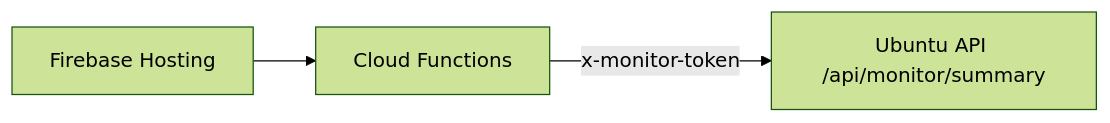
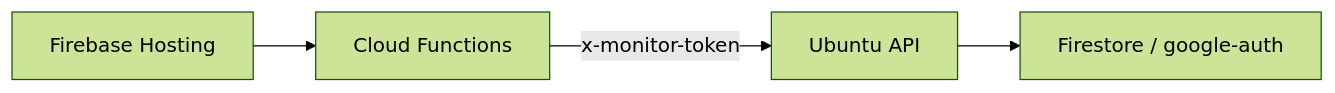
The diagram in Flutter/flutter_project/google_auth_helper/docs/firebase-monitoring.md (greenhelix/dev_logs), drawn with Mermaid (forest theme) before and after one commit. The commit also changed other lines of this file and 39 other files, not shown here.

````diff
--- a/Flutter/flutter_project/google_auth_helper/docs/firebase-monitoring.md
+++ b/Flutter/flutter_project/google_auth_helper/docs/firebase-monitoring.md
@@ -8,5 +9,6 @@
 ```mermaid
 flowchart LR
     H[Firebase Hosting] --> F[Cloud Functions]
-    F -->|x-monitor-token| U[Ubuntu API /api/monitor/summary]
+    F -->|x-monitor-token| U[Ubuntu API]
+    U --> FS[Firestore / google-auth]
 ```
````
